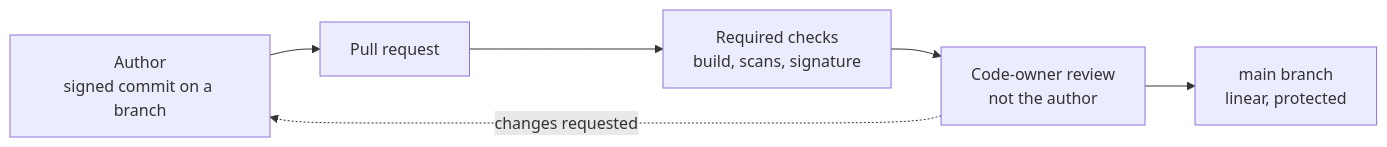
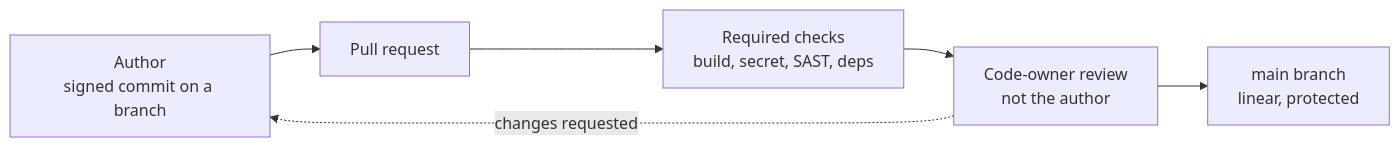
The third of 4 diagrams in docs/architecture-diagrams.md (Amitdeb00731/devsecops-pipeline), drawn with Mermaid before and after one commit. The commit also changed other lines of this file and 10 other files, not shown here.

````diff
--- a/docs/architecture-diagrams.md
+++ b/docs/architecture-diagrams.md
@@ -57,11 +60,11 @@
 ```mermaid
 flowchart LR
   A["Author<br/>signed commit on a branch"]
   PR["Pull request"]
-  CHK["Required checks<br/>build, scans, signature"]
+  CHK["Required checks<br/>build, secret, SAST, deps"]
   REV["Code-owner review<br/>not the author"]
   MAIN["main branch<br/>linear, protected"]
 
   A --> PR --> CHK --> REV --> MAIN
   REV -. "changes requested" .-> A
 ```
````
